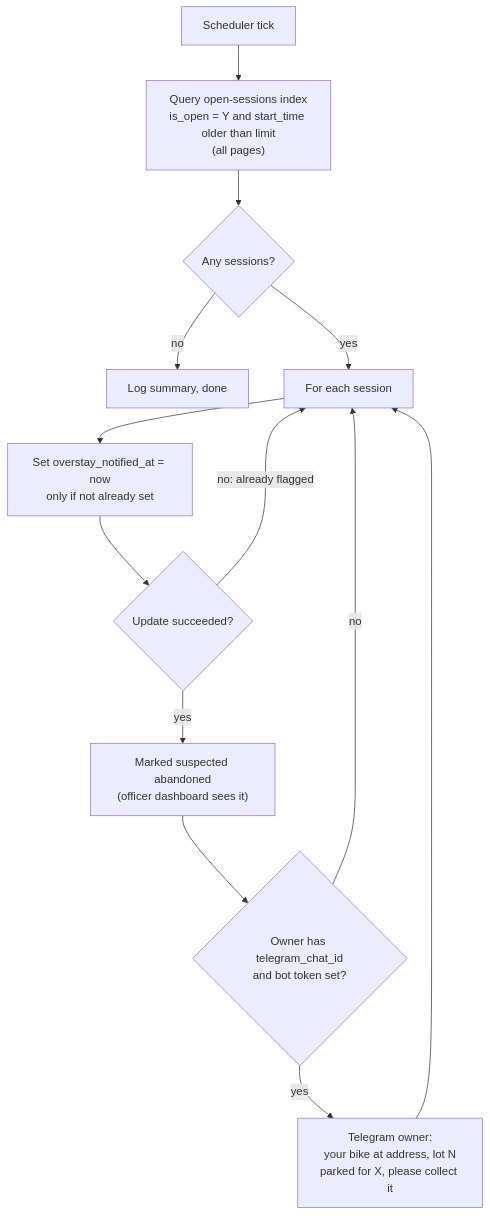
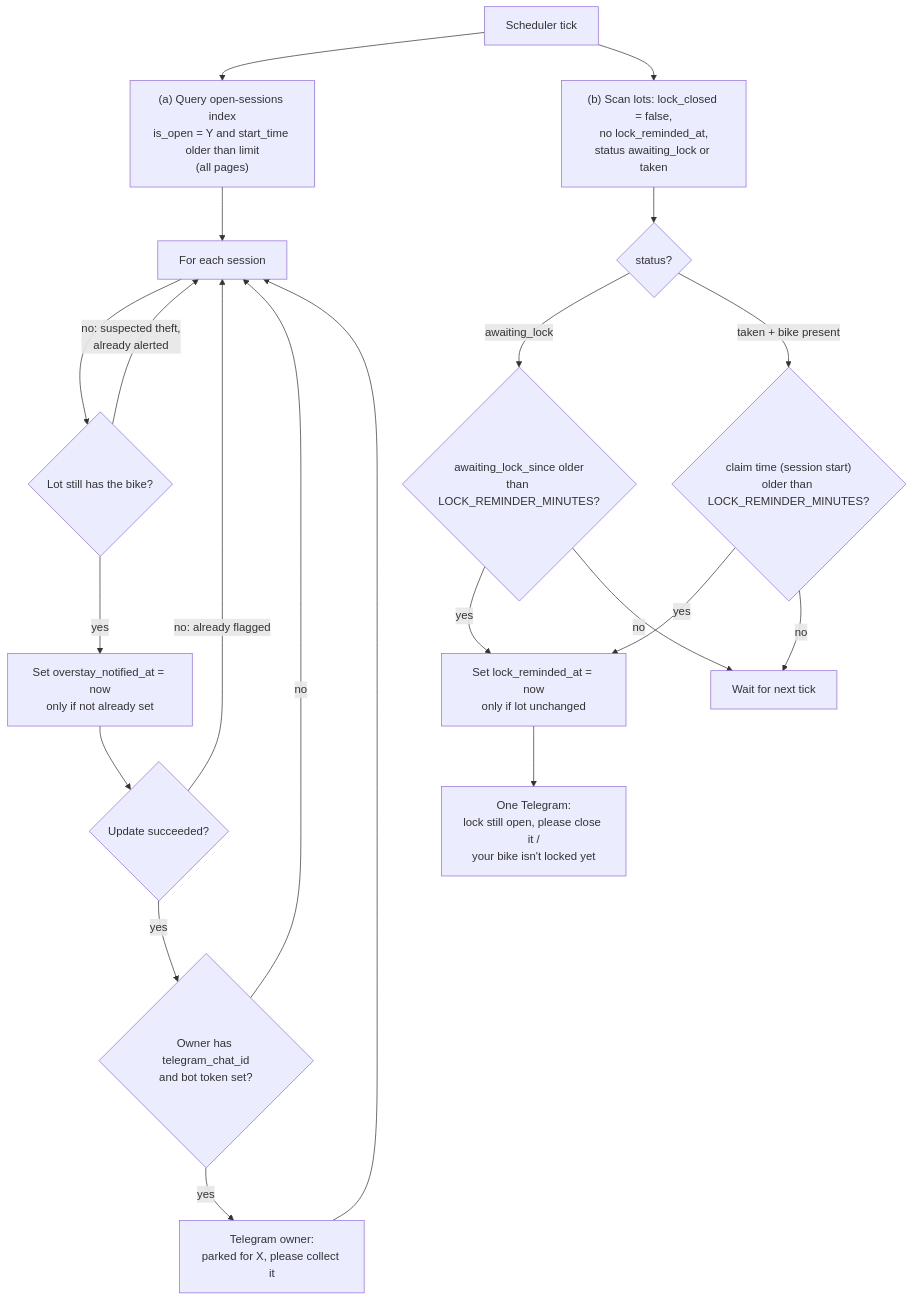
The third of 8 diagrams in docs/cloud-logic.md (realestzeyu/smart-bike-parking), drawn with Mermaid before and after one commit. The commit also changed other lines of this file and 10 other files, not shown here.

````diff
--- a/docs/cloud-logic.md
+++ b/docs/cloud-logic.md
@@ -89,15 +91,24 @@
 ```mermaid
 flowchart TD
-    A["Scheduler tick"] --> B["Query open-sessions index<br/>is_open = Y and start_time older than limit<br/>(all pages)"]
-    B --> C{"Any sessions?"}
-    C -- no --> Z["Log summary, done"]
-    C -- yes --> D["For each session"]
-    D --> E["Set overstay_notified_at = now<br/>only if not already set"]
+    A["Scheduler tick"] --> B["(a) Query open-sessions index<br/>is_open = Y and start_time older than limit<br/>(all pages)"]
+    B --> D["For each session"]
+    D --> S{"Lot still has the bike?"}
+    S -- "no: suspected theft,<br/>already alerted" --> D
+    S -- yes --> E["Set overstay_notified_at = now<br/>only if not already set"]
     E --> F{"Update succeeded?"}
     F -- "no: already flagged" --> D
-    F -- yes --> G["Marked suspected abandoned<br/>(officer dashboard sees it)"]
-    G --> H{"Owner has telegram_chat_id<br/>and bot token set?"}
+    F -- yes --> H{"Owner has telegram_chat_id<br/>and bot token set?"}
     H -- no --> D
-    H -- yes --> J["Telegram owner:<br/>your bike at address, lot N<br/>parked for X, please collect it"]
+    H -- yes --> J["Telegram owner:<br/>parked for X, please collect it"]
     J --> D
+
+    A --> R["(b) Scan lots: lock_closed = false,<br/>no lock_reminded_at,<br/>status awaiting_lock or taken"]
+    R --> R1{"status?"}
+    R1 -- awaiting_lock --> R2{"awaiting_lock_since older<br/>than LOCK_REMINDER_MINUTES?"}
+    R1 -- "taken + bike present" --> R3{"claim time (session start)<br/>older than LOCK_REMINDER_MINUTES?"}
+    R2 -- yes --> R4["Set lock_reminded_at = now<br/>only if lot unchanged"]
+    R3 -- yes --> R4
+    R4 --> R5["One Telegram:<br/>lock still open, please close it /<br/>your bike isn't locked yet"]
+    R2 -- no --> RZ["Wait for next tick"]
+    R3 -- no --> RZ
 ```
````
